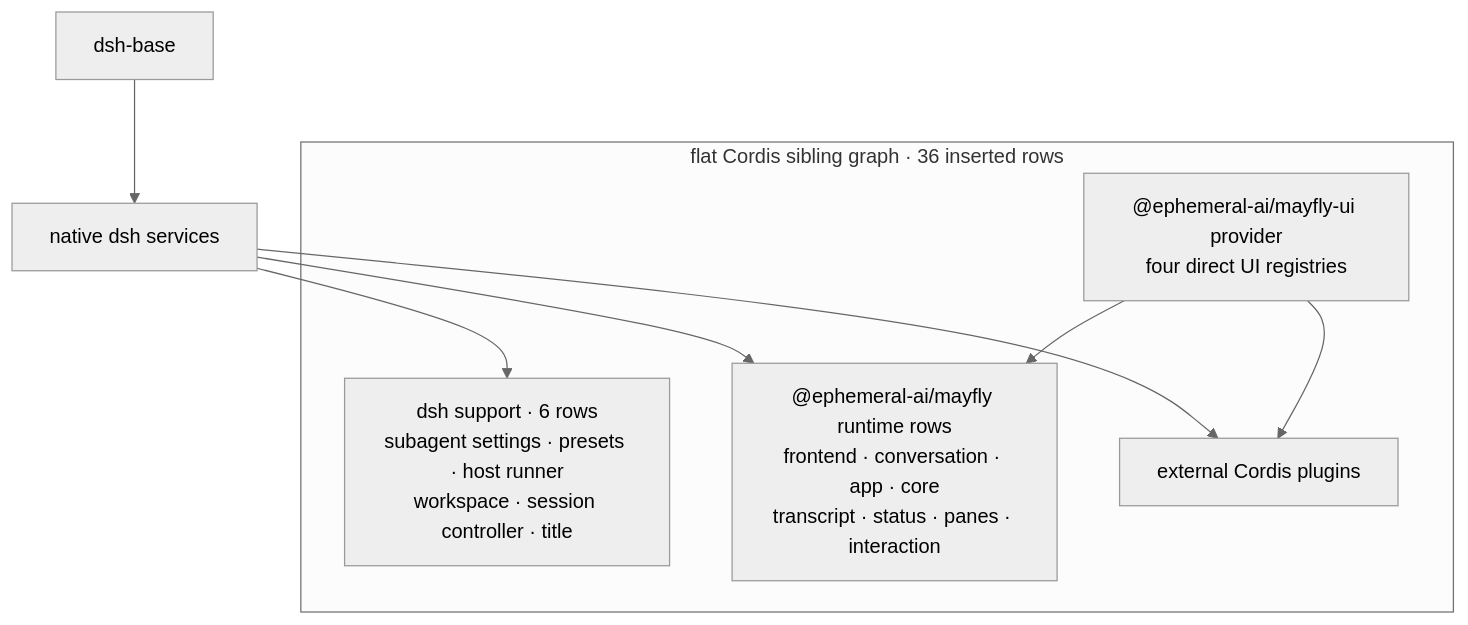
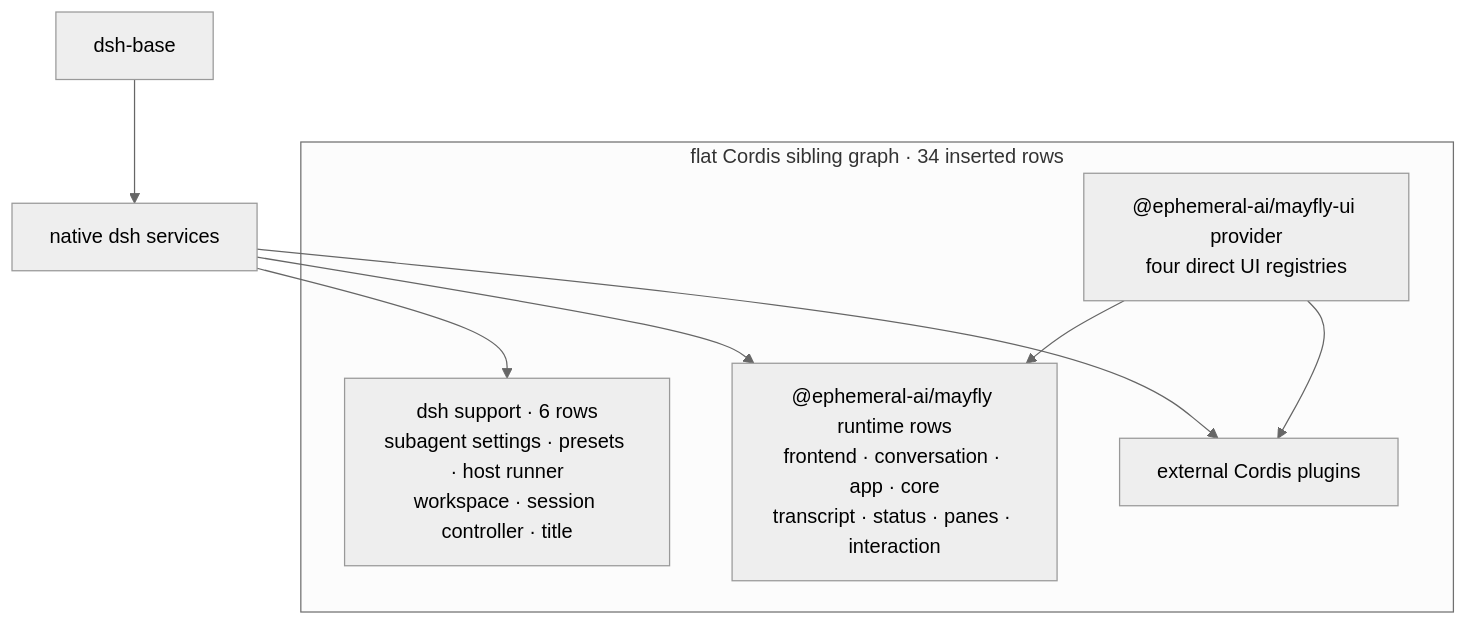
Before and after one commit to Ephemeral-AI-Lab/mayfly: the second of 2 diagrams in docs/mayfly-architecture.md, drawn with Mermaid (neutral theme). The commit also changed other lines of this file and 211 other files, not shown here.

````diff
--- a/docs/mayfly-architecture.md
+++ b/docs/mayfly-architecture.md
@@ -78,18 +88,18 @@
 ```mermaid
 flowchart TB
     BASE["dsh-base"]
-    subgraph GRAPH["flat Cordis sibling graph · 36 inserted rows"]
+    subgraph GRAPH["flat Cordis sibling graph · 34 inserted rows"]
         SUPPORT["dsh support · 6 rows<br/>subagent settings · presets · host runner<br/>workspace · session controller · title"]
         UI["@ephemeral-ai/mayfly-ui provider<br/>four direct UI registries"]
         RUNTIME["@ephemeral-ai/mayfly runtime rows<br/>frontend · conversation · app · core<br/>transcript · status · panes · interaction"]
         PLUGINS["external Cordis plugins"]
     end
     NATIVE["native dsh services"]
 
     BASE --> NATIVE
     NATIVE --> SUPPORT
     NATIVE --> RUNTIME
     NATIVE --> PLUGINS
     UI --> RUNTIME
     UI --> PLUGINS
 ```
````
